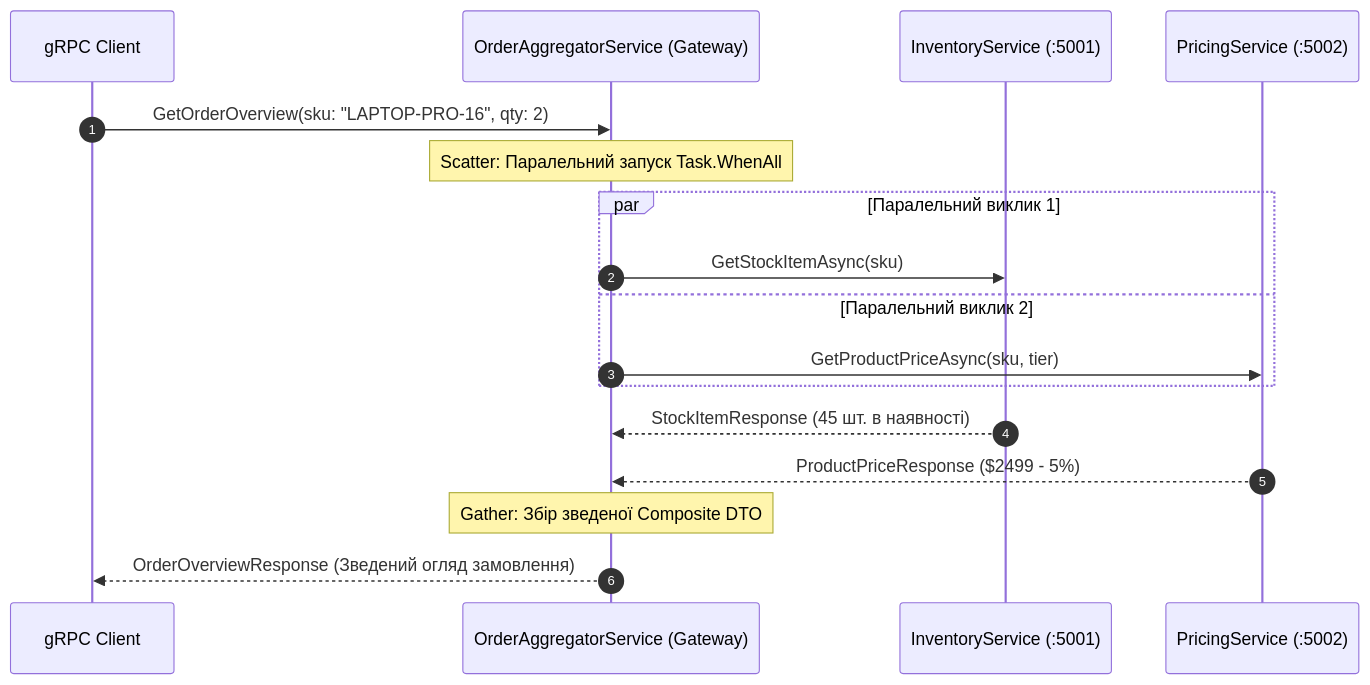
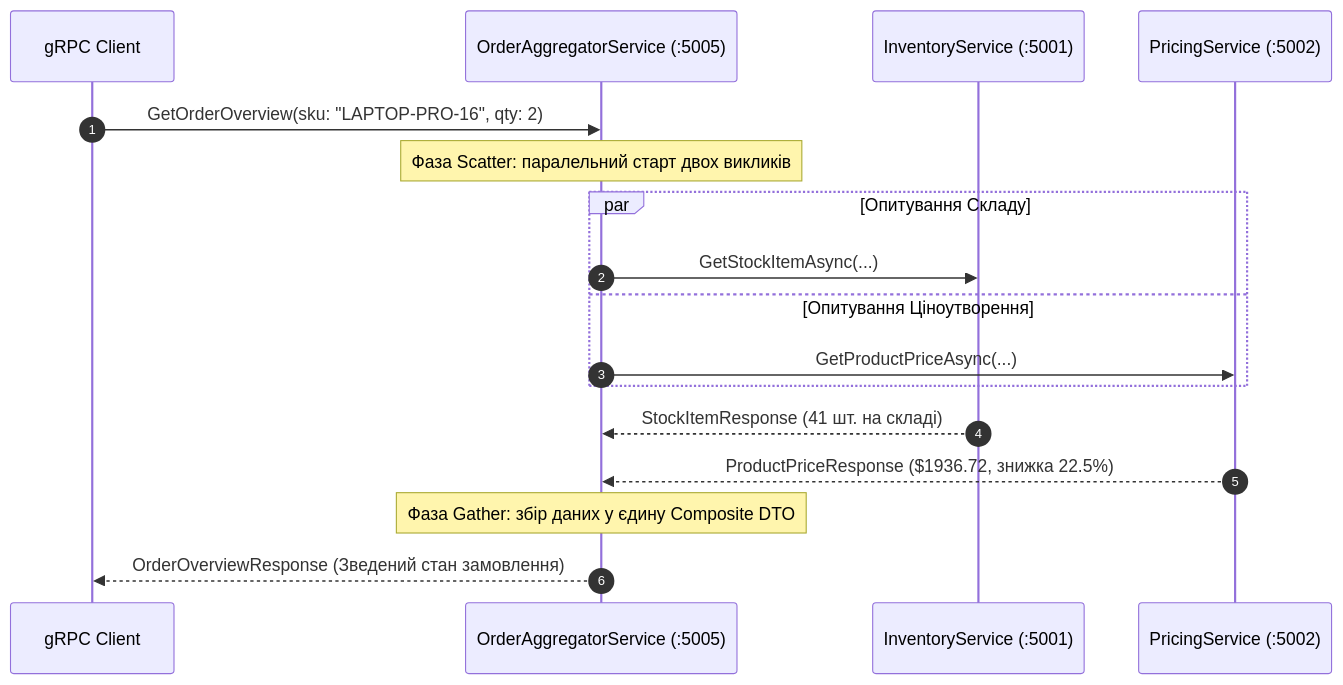
The diagram in docs/Mastery-05-Aggregator-Pattern.md (MrTomkaYurii/AspNet-gRPC-Mastery), drawn with Mermaid before and after one commit. The commit also changed other lines of this file and 6 other files, not shown here.

Commit message:
docs(mastery): expand comprehensive guides with deep theory, diagrams, and attach to solution

````diff
--- a/docs/Mastery-05-Aggregator-Pattern.md
+++ b/docs/Mastery-05-Aggregator-Pattern.md
@@ -13,20 +48,22 @@
 ```mermaid
 sequenceDiagram
     autonumber
     participant Client as gRPC Client
-    participant Aggregator as OrderAggregatorService (Gateway)
+    participant Aggregator as OrderAggregatorService (:5005)
     participant Inventory as InventoryService (:5001)
     participant Pricing as PricingService (:5002)
 
     Client->>Aggregator: GetOrderOverview(sku: "LAPTOP-PRO-16", qty: 2)
-    Note over Aggregator: Scatter: Паралельний запуск Task.WhenAll
-    par Паралельний виклик 1
-        Aggregator->>Inventory: GetStockItemAsync(sku)
-    and Паралельний виклик 2
-        Aggregator->>Pricing: GetProductPriceAsync(sku, tier)
+    Note over Aggregator: Фаза Scatter: паралельний старт двох викликів
+    par Опитування Складу
+        Aggregator->>Inventory: GetStockItemAsync(...)
+    and Опитування Ціноутворення
+        Aggregator->>Pricing: GetProductPriceAsync(...)
     end
-    Inventory-->>Aggregator: StockItemResponse (45 шт. в наявності)
-    Pricing-->>Aggregator: ProductPriceResponse ($2499 - 5%)
-    Note over Aggregator: Gather: Збір зведеної Composite DTO
-    Aggregator-->>Client: OrderOverviewResponse (Зведений огляд замовлення)
+
+    Inventory-->>Aggregator: StockItemResponse (41 шт. на складі)
+    Pricing-->>Aggregator: ProductPriceResponse ($1936.72, знижка 22.5%)
+
+    Note over Aggregator: Фаза Gather: збір даних у єдину Composite DTO
+    Aggregator-->>Client: OrderOverviewResponse (Зведений стан замовлення)
 ```
````
